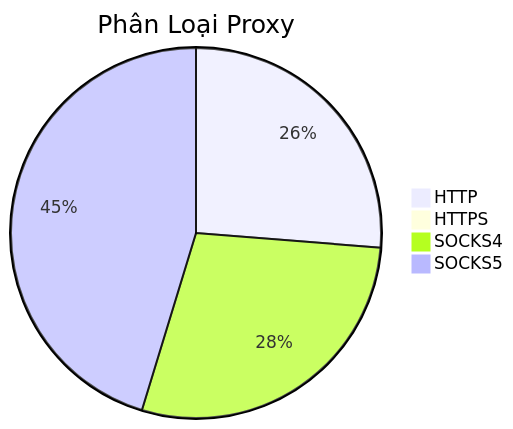
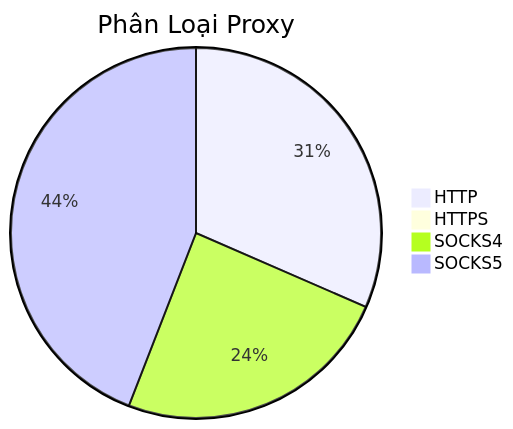
The diagram in README.md (Ciara-Aa/PROXY-free), drawn with Mermaid before and after one commit. The commit also changed other lines of this file and 4 other files, not shown here.

````diff
--- a/README.md
+++ b/README.md
@@ -26,7 +26,7 @@
 ```mermaid
 pie title Phân Loại Proxy
-    "HTTP" : 192
+    "HTTP" : 286
     "HTTPS" : 1
-    "SOCKS4" : 208
-    "SOCKS5" : 331
+    "SOCKS4" : 221
+    "SOCKS5" : 400
 ```
````
